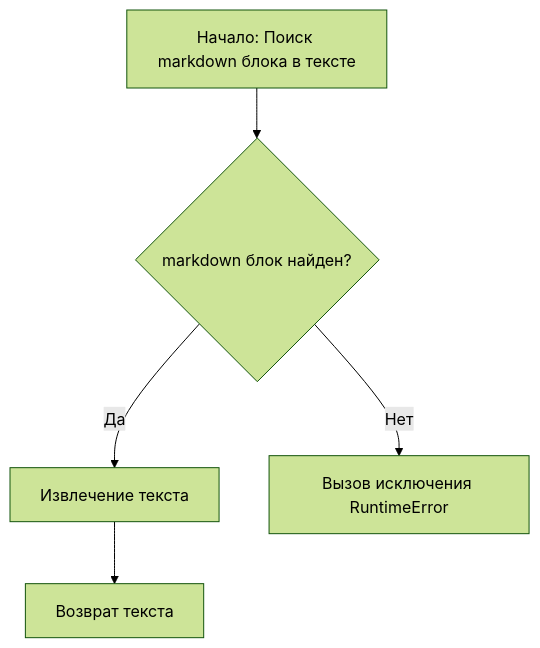
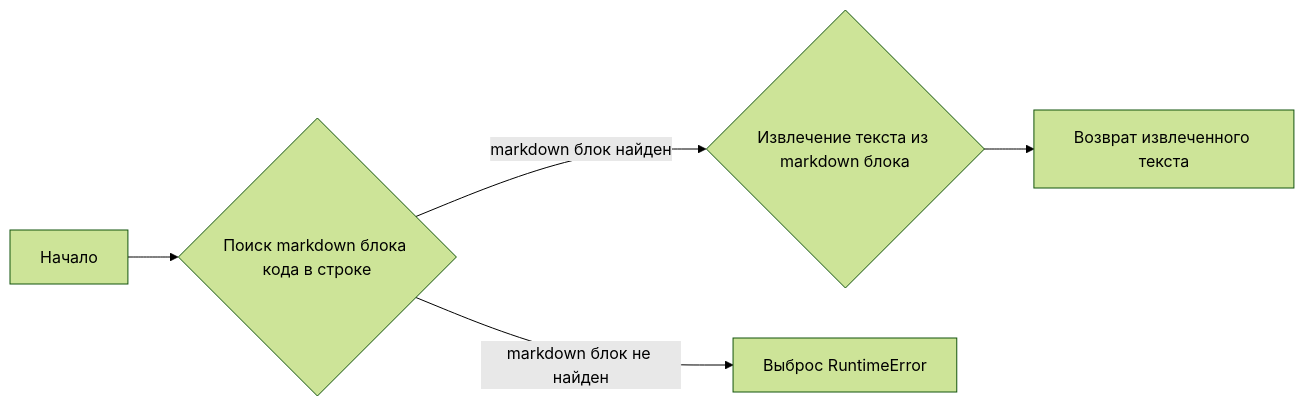
The fourth of 8 diagrams in docs/ru/src/endpoints/gpt4free/etc/tool/copilot.py.md (hypo69/hypotez), drawn with Mermaid (forest theme) before and after one commit. The commit also changed other lines of this file and 1431 other files, not shown here.

````diff
--- a/docs/ru/src/endpoints/gpt4free/etc/tool/copilot.py.md
+++ b/docs/ru/src/endpoints/gpt4free/etc/tool/copilot.py.md
@@ -193,7 +165,7 @@
 ```mermaid
-graph TD
-    A[Начало: Поиск markdown блока в тексте] --> B{markdown блок найден?};
-    B -- Да --> C[Извлечение текста];
-    C --> D[Возврат текста];
-    B -- Нет --> E[Вызов исключения RuntimeError];
+graph LR
+A[Начало] --> B{Поиск markdown блока кода в строке};
+B -- markdown блок найден --> C{Извлечение текста из markdown блока};
+B -- markdown блок не найден --> D[Выброс RuntimeError];
+C --> E[Возврат извлеченного текста];
 ```
````
